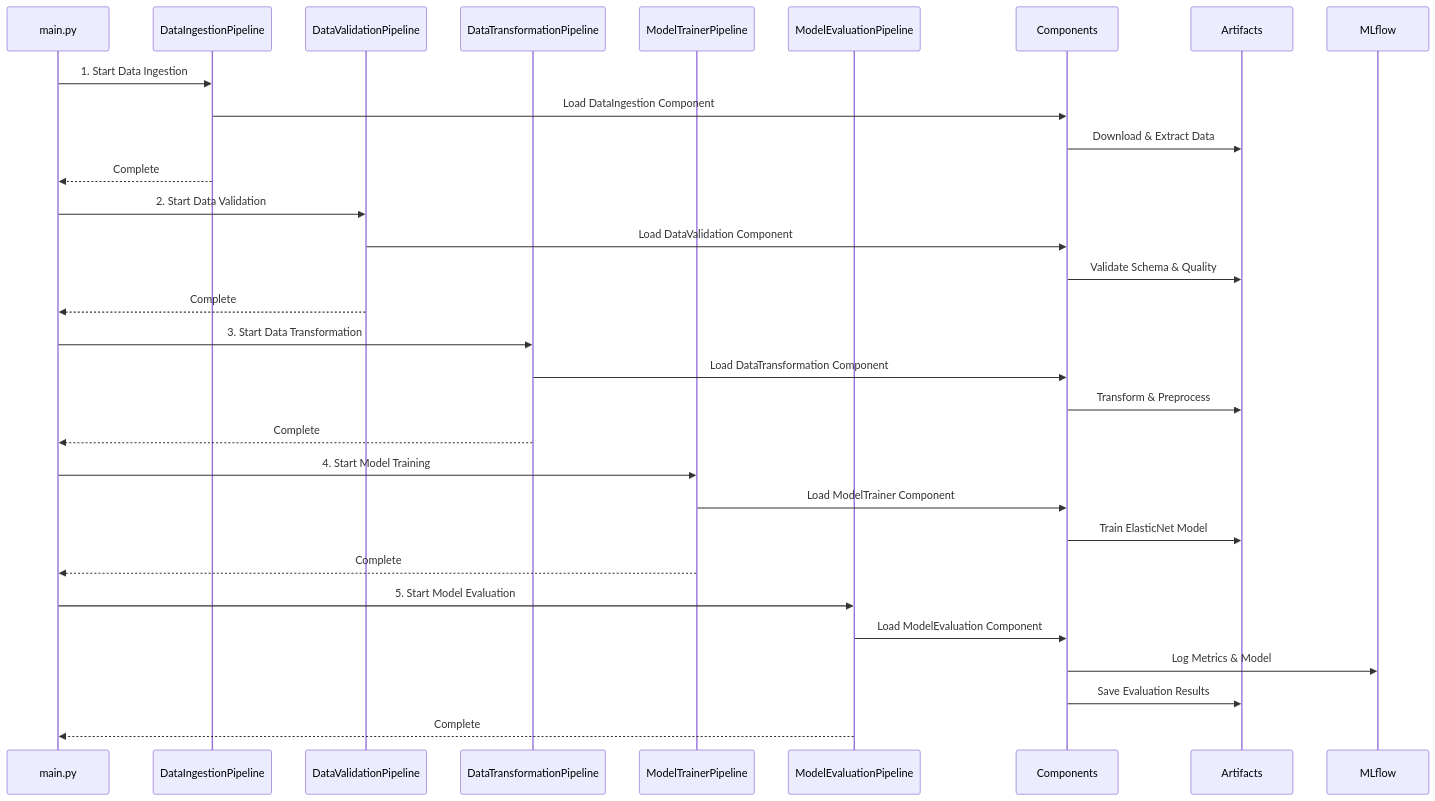
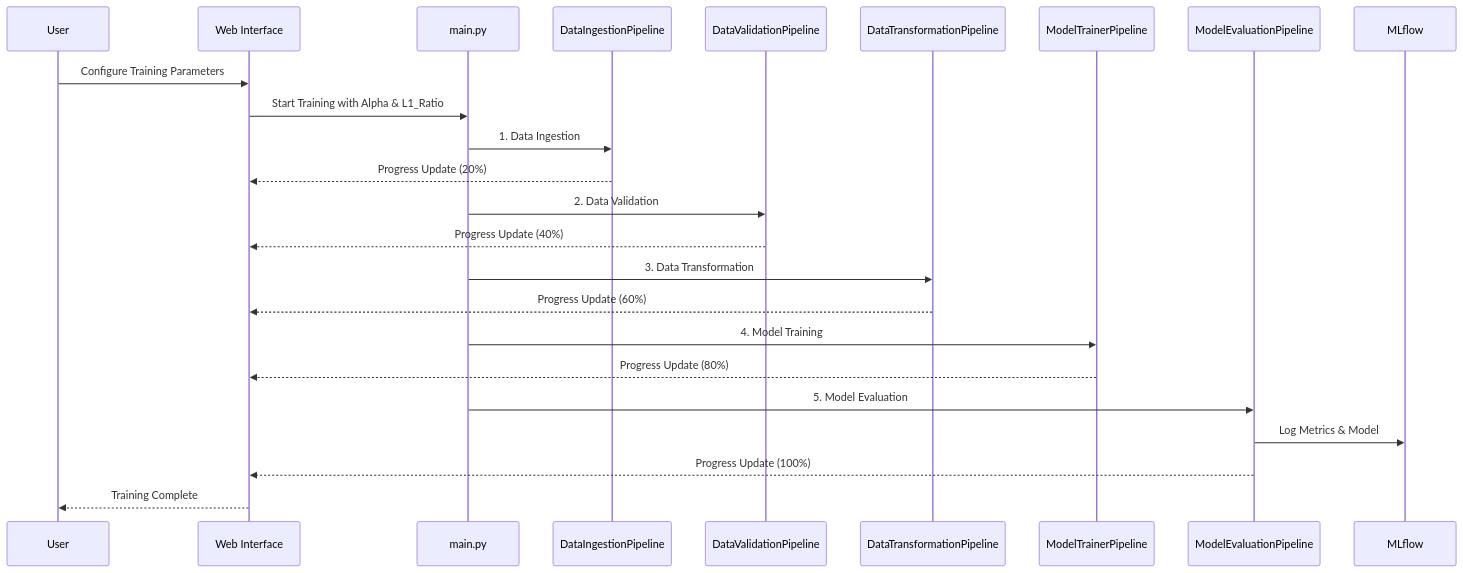
Before and after one commit to Charan703/DataScience: the third of 3 diagrams in README.md, drawn with Mermaid. The commit also changed other lines of this file and 10 other files, not shown here.

````diff
--- a/README.md
+++ b/README.md
@@ -71,38 +77,27 @@
 ```mermaid
 sequenceDiagram
+    participant U as User
+    participant W as Web Interface
     participant M as main.py
     participant DI as DataIngestionPipeline
     participant DV as DataValidationPipeline
     participant DT as DataTransformationPipeline
     participant MT as ModelTrainerPipeline
     participant ME as ModelEvaluationPipeline
-    participant C as Components
-    participant A as Artifacts
     participant ML as MLflow
     
-    M->>DI: 1. Start Data Ingestion
-    DI->>C: Load DataIngestion Component
-    C->>A: Download & Extract Data
-    DI-->>M: Complete
-    
-    M->>DV: 2. Start Data Validation
-    DV->>C: Load DataValidation Component
-    C->>A: Validate Schema & Quality
-    DV-->>M: Complete
-    
-    M->>DT: 3. Start Data Transformation
-    DT->>C: Load DataTransformation Component
-    C->>A: Transform & Preprocess
-    DT-->>M: Complete
-    
-    M->>MT: 4. Start Model Training
-    MT->>C: Load ModelTrainer Component
-    C->>A: Train ElasticNet Model
-    MT-->>M: Complete
-    
-    M->>ME: 5. Start Model Evaluation
-    ME->>C: Load ModelEvaluation Component
-    C->>ML: Log Metrics & Model
-    C->>A: Save Evaluation Results
-    ME-->>M: Complete
+    U->>W: Configure Training Parameters
+    W->>M: Start Training with Alpha & L1_Ratio
+    M->>DI: 1. Data Ingestion
+    DI-->>W: Progress Update (20%)
+    M->>DV: 2. Data Validation
+    DV-->>W: Progress Update (40%)
+    M->>DT: 3. Data Transformation
+    DT-->>W: Progress Update (60%)
+    M->>MT: 4. Model Training
+    MT-->>W: Progress Update (80%)
+    M->>ME: 5. Model Evaluation
+    ME->>ML: Log Metrics & Model
+    ME-->>W: Progress Update (100%)
+    W-->>U: Training Complete
 ```
````
